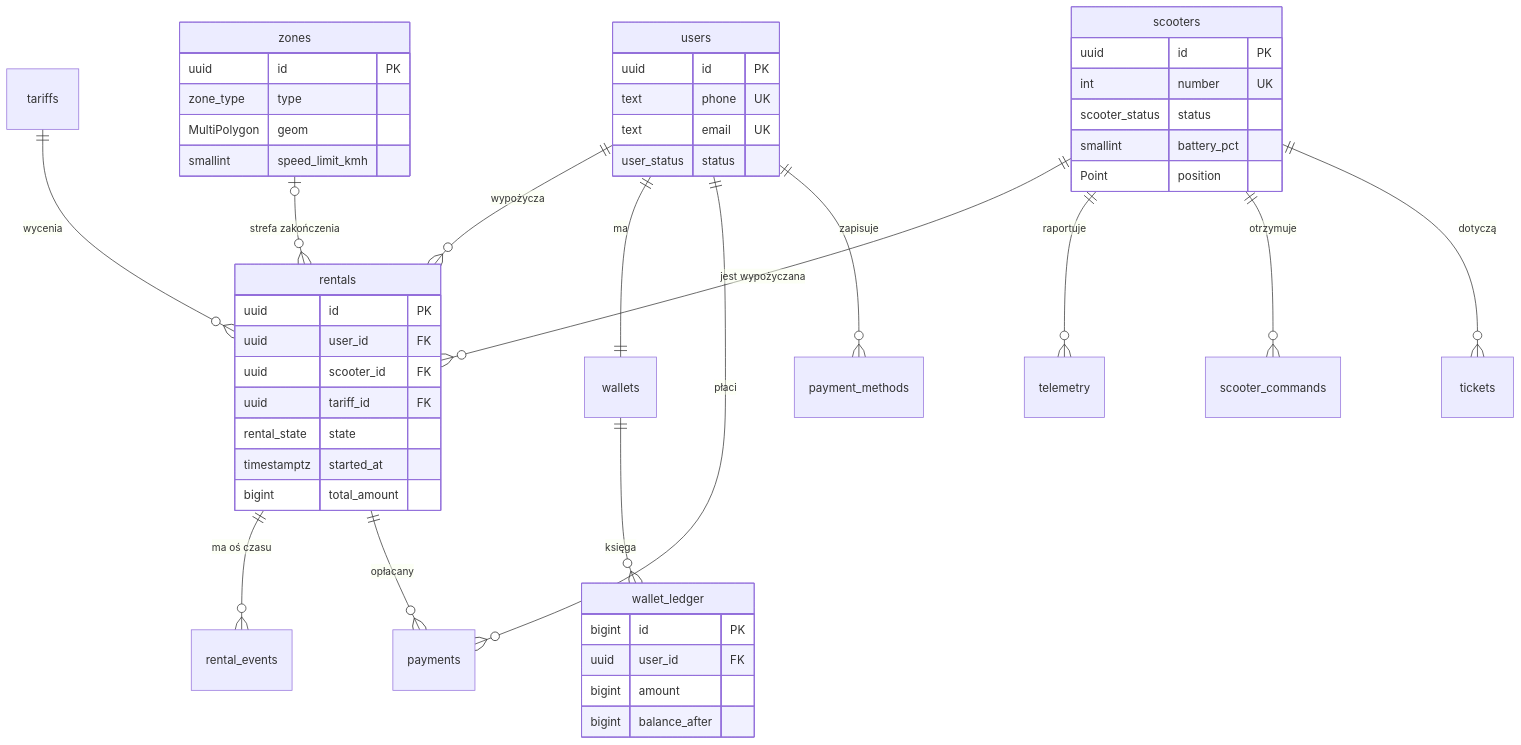
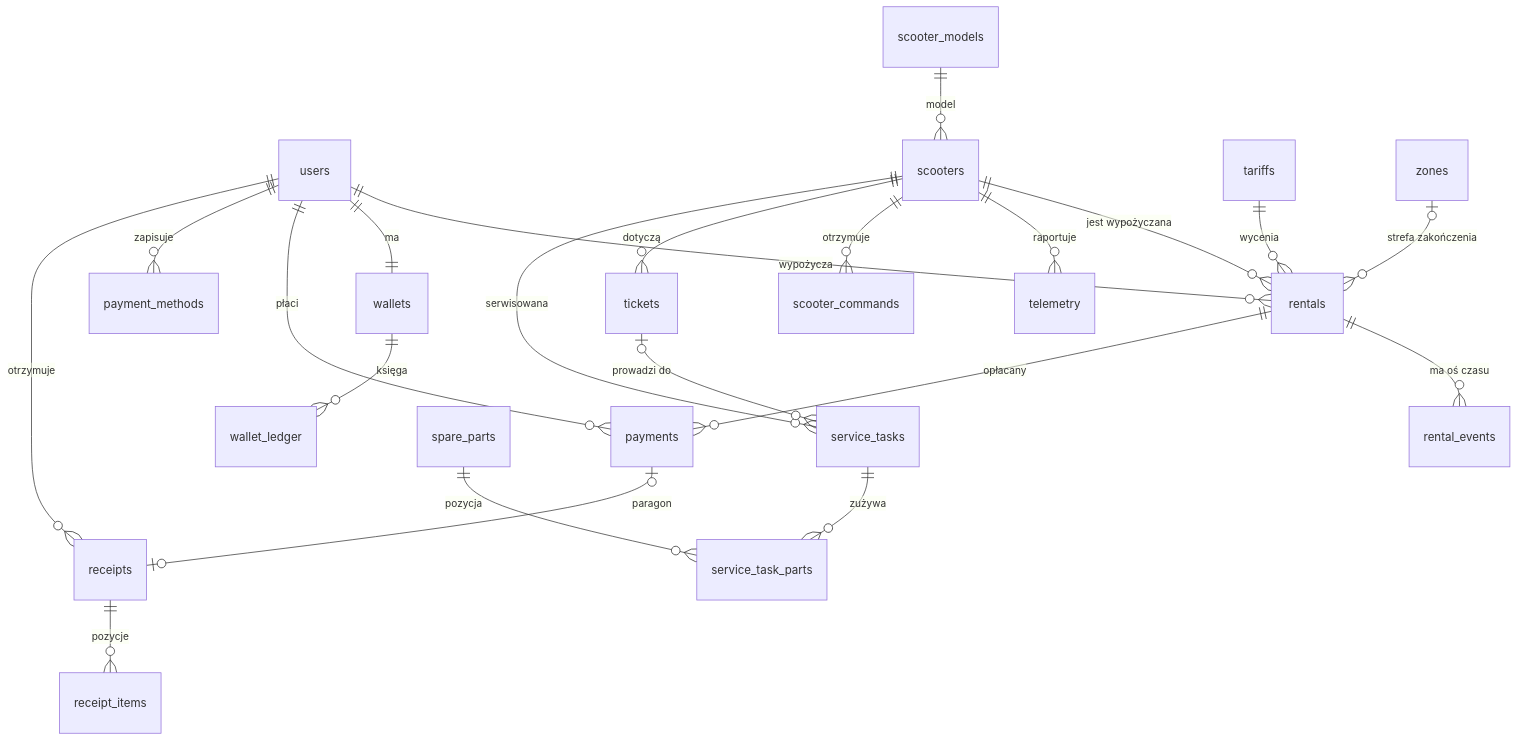
One commit to FifiLen/engineering-project changed the first of 2 diagrams in docs/model-danych/README.md. Above: the diagram before and after it, drawn with Mermaid. The commit also changed other lines of this file and 9 other files, not shown here.

````diff
--- a/docs/model-danych/README.md
+++ b/docs/model-danych/README.md
@@ -17,51 +28,24 @@
 ```mermaid
 erDiagram
     users ||--o{ rentals : "wypożycza"
     users ||--|| wallets : "ma"
     users ||--o{ payments : "płaci"
     users ||--o{ payment_methods : "zapisuje"
+    users ||--o{ receipts : "otrzymuje"
+    scooter_models ||--o{ scooters : "model"
     scooters ||--o{ rentals : "jest wypożyczana"
     scooters ||--o{ telemetry : "raportuje"
     scooters ||--o{ scooter_commands : "otrzymuje"
     scooters ||--o{ tickets : "dotyczą"
+    scooters ||--o{ service_tasks : "serwisowana"
+    tickets |o--o{ service_tasks : "prowadzi do"
+    service_tasks ||--o{ service_task_parts : "zużywa"
+    spare_parts ||--o{ service_task_parts : "pozycja"
     tariffs ||--o{ rentals : "wycenia"
     rentals ||--o{ rental_events : "ma oś czasu"
     rentals ||--o{ payments : "opłacany"
+    payments |o--o| receipts : "paragon"
+    receipts ||--o{ receipt_items : "pozycje"
     wallets ||--o{ wallet_ledger : "księga"
     zones |o--o{ rentals : "strefa zakończenia"
-
-    users {
-        uuid id PK
-        text phone UK
-        text email UK
-        user_status status
-    }
-    scooters {
-        uuid id PK
-        int number UK
-        scooter_status status
-        smallint battery_pct
-        Point position
-    }
-    rentals {
-        uuid id PK
-        uuid user_id FK
-        uuid scooter_id FK
-        uuid tariff_id FK
-        rental_state state
-        timestamptz started_at
-        bigint total_amount
-    }
-    zones {
-        uuid id PK
-        zone_type type
-        MultiPolygon geom
-        smallint speed_limit_kmh
-    }
-    wallet_ledger {
-        bigint id PK
-        uuid user_id FK
-        bigint amount
-        bigint balance_after
-    }
 ```
````
